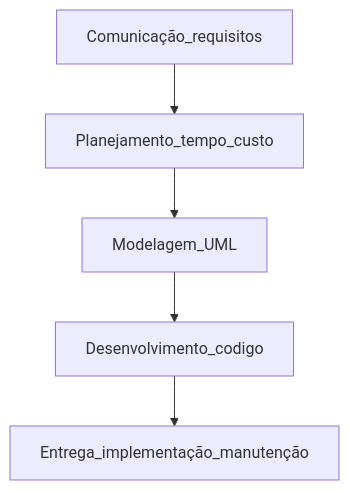
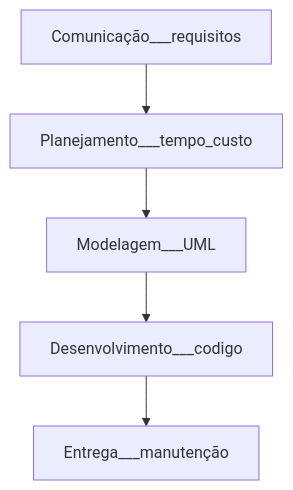
The diagram in Engenharia e Requisitos de Software/aula_05 19.03.md (vanessacezarn/3_Semestre), drawn with Mermaid before and after one commit.

Commit message:
Update aula_05 19.03.md

````diff
--- a/Engenharia e Requisitos de Software/aula_05 19.03.md
+++ b/Engenharia e Requisitos de Software/aula_05 19.03.md
@@ -5,8 +5,8 @@
 ```mermaid
 graph TD;
-    Comunicação_requisitos --> Planejamento_tempo_custo;
-    Planejamento_tempo_custo --> Modelagem_UML
-    Modelagem_UML --> Desenvolvimento_codigo
-    Desenvolvimento_codigo --> Entrega_implementação_manutenção
+    Comunicação___requisitos --> Planejamento___tempo_custo;
+    Planejamento___tempo_custo --> Modelagem___UML
+    Modelagem___UML --> Desenvolvimento___codigo
+    Desenvolvimento___codigo --> Entrega___manutenção
         
 ```
````
